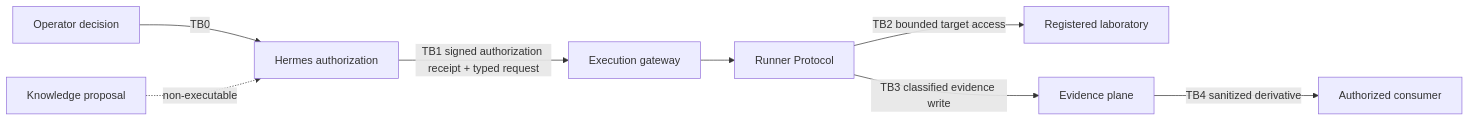
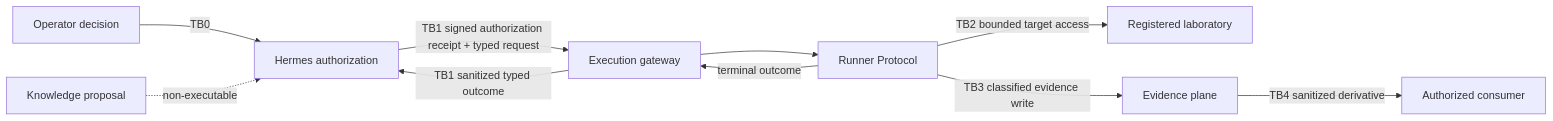
One commit to pestoura/hermes-security-labs changed the diagram in docs/architecture/contracts/README.md. Above: the diagram before and after it, drawn with Mermaid. The commit also changed other lines of this file, not shown here.

Commit message:
docs(contracts): promote sanitized typed execution outcome to implementing

````diff
--- a/docs/architecture/contracts/README.md
+++ b/docs/architecture/contracts/README.md
@@ -50,10 +52,12 @@
 ```mermaid
 flowchart LR
   OP[Operator decision] -->|TB0| CP[Hermes authorization]
   KN[Knowledge proposal] -. non-executable .-> CP
   CP -->|TB1 signed authorization receipt + typed request| GW[Execution gateway]
   GW --> RP[Runner Protocol]
+  RP -->|terminal outcome| GW
+  GW -->|TB1 sanitized typed outcome| CP
   RP -->|TB2 bounded target access| LAB[Registered laboratory]
   RP -->|TB3 classified evidence write| EV[Evidence plane]
   EV -->|TB4 sanitized derivative| PUB[Authorized consumer]
 ```
````
